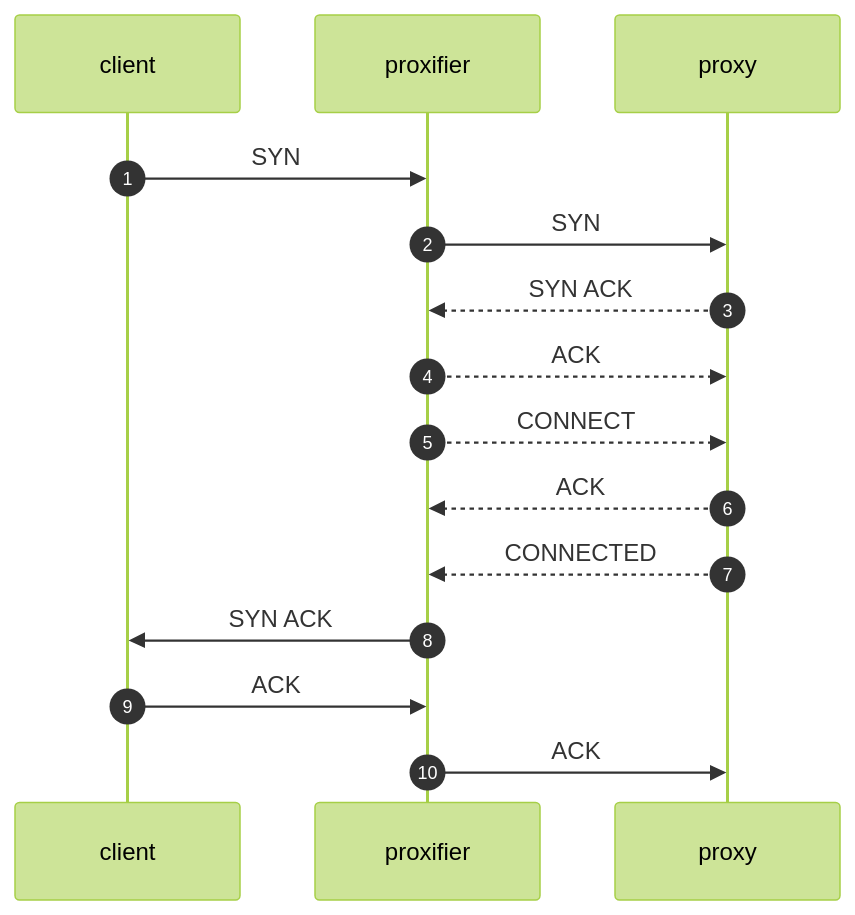
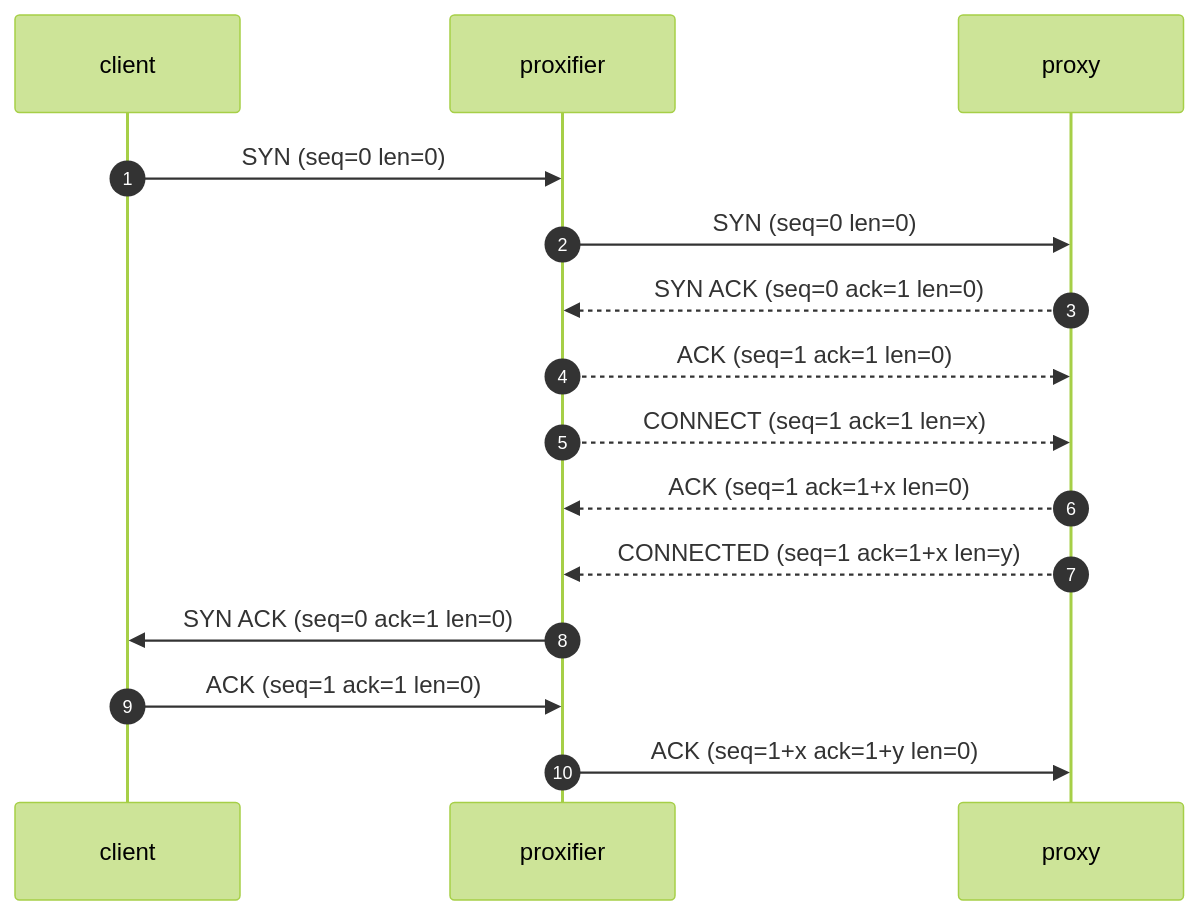
One commit to Lingxi-Li/net changed the diagram in wproxifier/specs/proxifier.md. Above: the diagram before and after it, drawn with Mermaid (forest theme).

Commit message:
[specs] Annotate with seq ack len

````diff
--- a/wproxifier/specs/proxifier.md
+++ b/wproxifier/specs/proxifier.md
@@ -3,14 +3,14 @@
 ```mermaid
 sequenceDiagram
 autonumber
-client->>proxifier: SYN
-proxifier->>proxy: SYN
-proxy-->>proxifier: SYN ACK
-proxifier-->>proxy: ACK
-proxifier-->>proxy: CONNECT
-proxy-->>proxifier: ACK
-proxy-->>proxifier: CONNECTED
-proxifier->>client: SYN ACK
-client->>proxifier: ACK
-proxifier->>proxy: ACK
+client->>proxifier: SYN (seq=0 len=0)
+proxifier->>proxy: SYN (seq=0 len=0)
+proxy-->>proxifier: SYN ACK (seq=0 ack=1 len=0)
+proxifier-->>proxy: ACK (seq=1 ack=1 len=0)
+proxifier-->>proxy: CONNECT (seq=1 ack=1 len=x)
+proxy-->>proxifier: ACK (seq=1 ack=1+x len=0)
+proxy-->>proxifier: CONNECTED (seq=1 ack=1+x len=y)
+proxifier->>client: SYN ACK (seq=0 ack=1 len=0)
+client->>proxifier: ACK (seq=1 ack=1 len=0)
+proxifier->>proxy: ACK (seq=1+x ack=1+y len=0)
 ```
````
